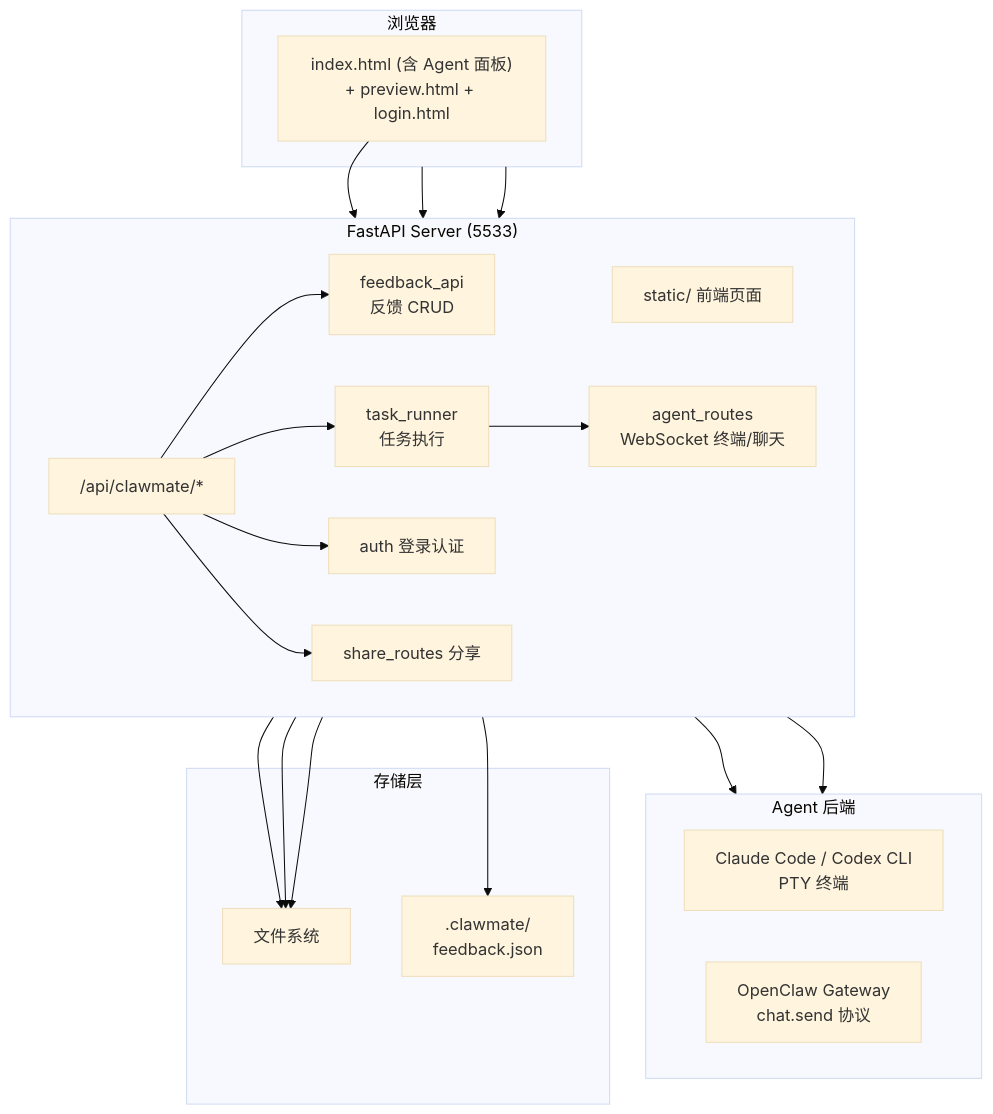
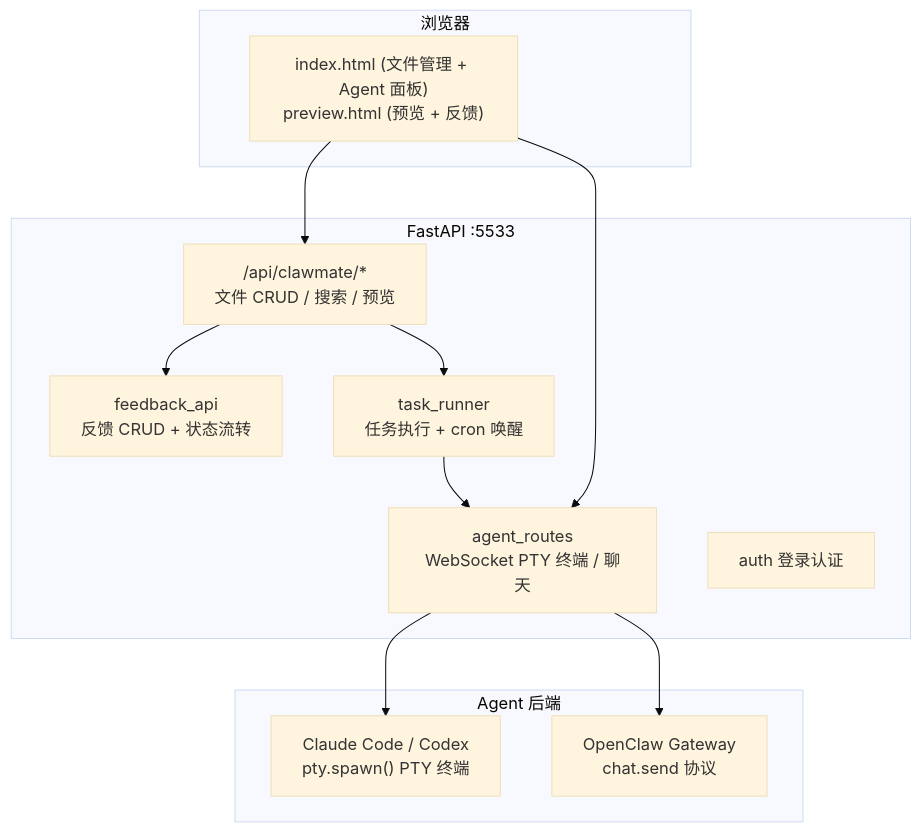
Before and after one commit to updatedb/clawmate: the second of 2 diagrams in README.md, drawn with Mermaid (base theme). The commit also changed other lines of this file and 6 other files, not shown here.

````diff
--- a/README.md
+++ b/README.md
@@ -322,45 +227,27 @@
 ```mermaid
 flowchart TB
     subgraph Browser["浏览器"]
-        UI["index.html (含 Agent 面板)<br/>+ preview.html + login.html"]
+        UI["index.html (文件管理 + Agent 面板)<br/>preview.html (预览 + 反馈)"]
     end
 
-    subgraph Server["FastAPI Server (5533)"]
-        direction LR
-        STATIC["static/ 前端页面"]
-        API["/api/clawmate/*"]
-        AGENT_WS["agent_routes<br/>WebSocket 终端/聊天"]
-        FEEDBACK["feedback_api<br/>反馈 CRUD"]
-        TASK["task_runner<br/>任务执行"]
+    subgraph Server["FastAPI :5533"]
+        API["/api/clawmate/*<br/>文件 CRUD / 搜索 / 预览"]
+        AGENT_WS["agent_routes<br/>WebSocket PTY 终端 / 聊天"]
+        FEEDBACK["feedback_api<br/>反馈 CRUD + 状态流转"]
+        TASK["task_runner<br/>任务执行 + cron 唤醒"]
         AUTH["auth 登录认证"]
-        SHARE["share_routes 分享"]
     end
 
     subgraph Backend["Agent 后端"]
-        direction LR
-        CLAUDE["Claude Code / Codex CLI<br/>PTY 终端"]
+        CLAUDE["Claude Code / Codex<br/>pty.spawn() PTY 终端"]
         OC_GW["OpenClaw Gateway<br/>chat.send 协议"]
     end
 
-    subgraph Storage["存储层"]
-        FS["文件系统"]
-        FB_JSON[".clawmate/<br/>feedback.json"]
-    end
-
-    UI --> STATIC
-    Browser --> API
-    Browser --> AGENT_WS
+    UI --> API
+    UI --> AGENT_WS
     AGENT_WS --> CLAUDE
     AGENT_WS --> OC_GW
-
     API --> FEEDBACK
     API --> TASK
-    API --> AUTH
-    API --> SHARE
-    API --> FS
-
-    FEEDBACK --> FB_JSON
-    TASK --> FS
     TASK --> AGENT_WS
-    SHARE --> FS
 ```
````
